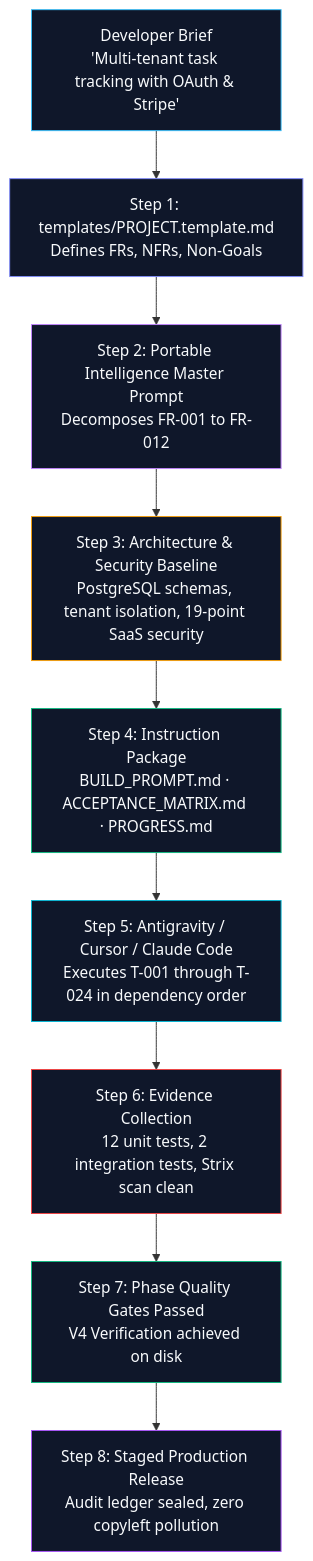
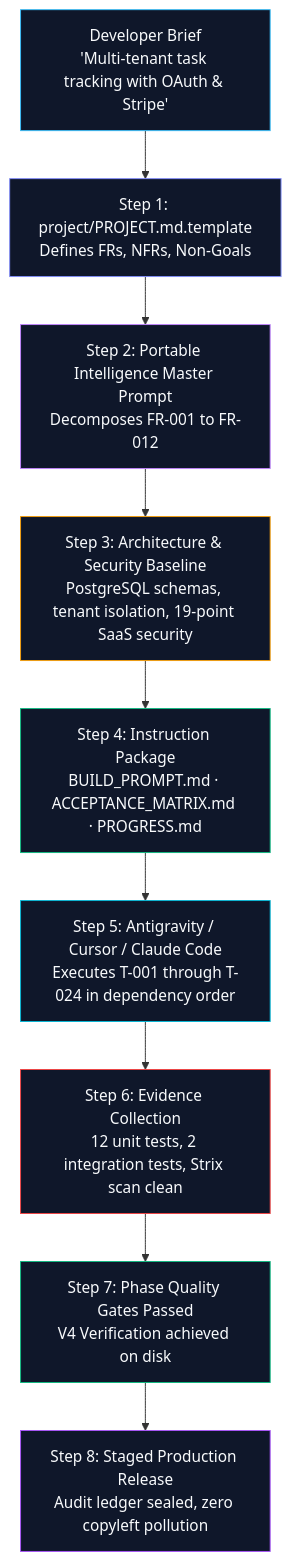
The sixth of 6 diagrams in README.md (MK-1603/OpenClone), drawn with Mermaid before and after one commit. The commit also changed other lines of this file and 22 other files, not shown here.

````diff
--- a/README.md
+++ b/README.md
@@ -640,21 +640,21 @@
 ```mermaid
 flowchart TD
-    BRIEF["Developer Brief<br/>'Multi-tenant task tracking with OAuth & Stripe'"] --> P["Step 1: templates/PROJECT.template.md<br/>Defines FRs, NFRs, Non-Goals"]
+    BRIEF["Developer Brief<br/>'Multi-tenant task tracking with OAuth & Stripe'"] --> P["Step 1: project/PROJECT.md.template<br/>Defines FRs, NFRs, Non-Goals"]
     P --> PROMPT["Step 2: Portable Intelligence Master Prompt<br/>Decomposes FR-001 to FR-012"]
     PROMPT --> ARCH["Step 3: Architecture & Security Baseline<br/>PostgreSQL schemas, tenant isolation, 19-point SaaS security"]
     ARCH --> PKG["Step 4: Instruction Package<br/>BUILD_PROMPT.md · ACCEPTANCE_MATRIX.md · PROGRESS.md"]
     PKG --> IDE["Step 5: Antigravity / Cursor / Claude Code<br/>Executes T-001 through T-024 in dependency order"]
     IDE --> EVID["Step 6: Evidence Collection<br/>12 unit tests, 2 integration tests, Strix scan clean"]
     EVID --> GATE["Step 7: Phase Quality Gates Passed<br/>V4 Verification achieved on disk"]
     GATE --> REL["Step 8: Staged Production Release<br/>Audit ledger sealed, zero copyleft pollution"]
 
     style BRIEF fill:#0f172a,stroke:#38bdf8,stroke-width:1px,color:#f8fafc
     style P fill:#0f172a,stroke:#818cf8,stroke-width:1px,color:#f8fafc
     style PROMPT fill:#0f172a,stroke:#c084fc,stroke-width:1px,color:#f8fafc
     style ARCH fill:#0f172a,stroke:#f59e0b,stroke-width:1px,color:#f8fafc
     style PKG fill:#0f172a,stroke:#10b981,stroke-width:1px,color:#f8fafc
     style IDE fill:#0f172a,stroke:#06b6d4,stroke-width:1px,color:#f8fafc
     style EVID fill:#0f172a,stroke:#ef4444,stroke-width:1px,color:#f8fafc
     style GATE fill:#0f172a,stroke:#10b981,stroke-width:1px,color:#f8fafc
     style REL fill:#0f172a,stroke:#a855f7,stroke-width:1px,color:#f8fafc
 ```
````
